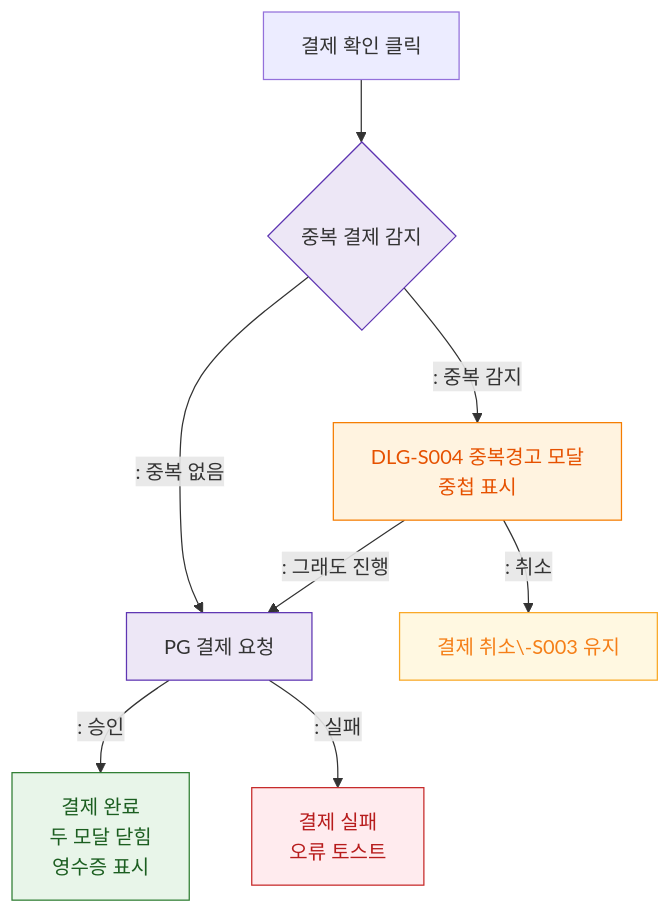
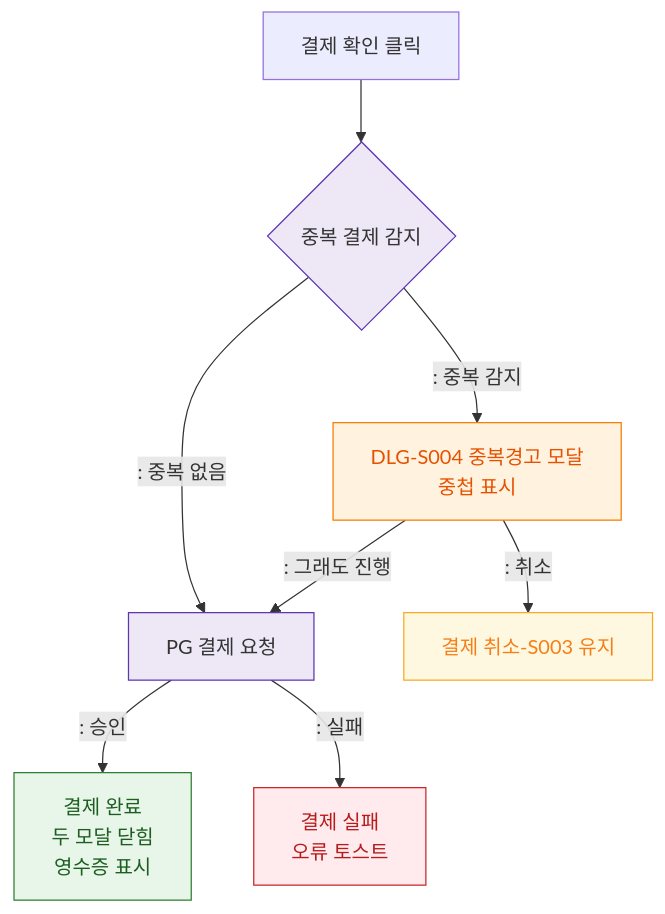
One commit to dev-spogym/admin-pando changed the diagram in docs/admin/다이어그램/D03_매출관리/DLG-S003_결제확인/M3_결과분기.md. Above: the diagram before and after it, drawn with Mermaid. The commit also changed 369 other files, not shown here.

````diff
--- a/docs/admin/다이어그램/D03_매출관리/DLG-S003_결제확인/M3_결과분기.md
+++ b/docs/admin/다이어그램/D03_매출관리/DLG-S003_결제확인/M3_결과분기.md
@@ -18,25 +18,25 @@
 ```mermaid
 flowchart TD
     CONFIRM[결제 확인 클릭] --> DUP_CHECK{중복 결제 감지}
 
     DUP_CHECK -->|": 중복 없음"|PG_REQUEST[PG 결제 요청]
     DUP_CHECK -->|": 중복 감지"|DLG_S004[DLG-S004 중복경고 모달\n중첩 표시]
 
     DLG_S004 -->|": 그래도 진행"|PG_REQUEST
-    DLG_S004 -->|": 취소"|CANCEL[결제 취소\-S003 유지]
+    DLG_S004 -->|": 취소"|CANCEL[결제 취소-S003 유지]
 
     PG_REQUEST -->|": 승인"|SUCCESS[결제 완료\n두 모달 닫힘\n영수증 표시]
     PG_REQUEST -->|": 실패"|FAIL[결제 실패\n오류 토스트]
 
     classDef modal fill:#FFF3E0,stroke:#F57C00,color:#E65100
     classDef system fill:#EDE7F6,stroke:#5E35B2
     classDef success fill:#E8F5E9,stroke:#2E7D32,color:#1B5E20
     classDef error fill:#FFEBEE,stroke:#C62828,color:#B71C1C
     classDef warning fill:#FFF8E1,stroke:#F9A825,color:#F57F17
 
     class DLG_S004 modal
     class DUP_CHECK,PG_REQUEST system
     class SUCCESS success
     class FAIL error
     class CANCEL warning
 ```
````
